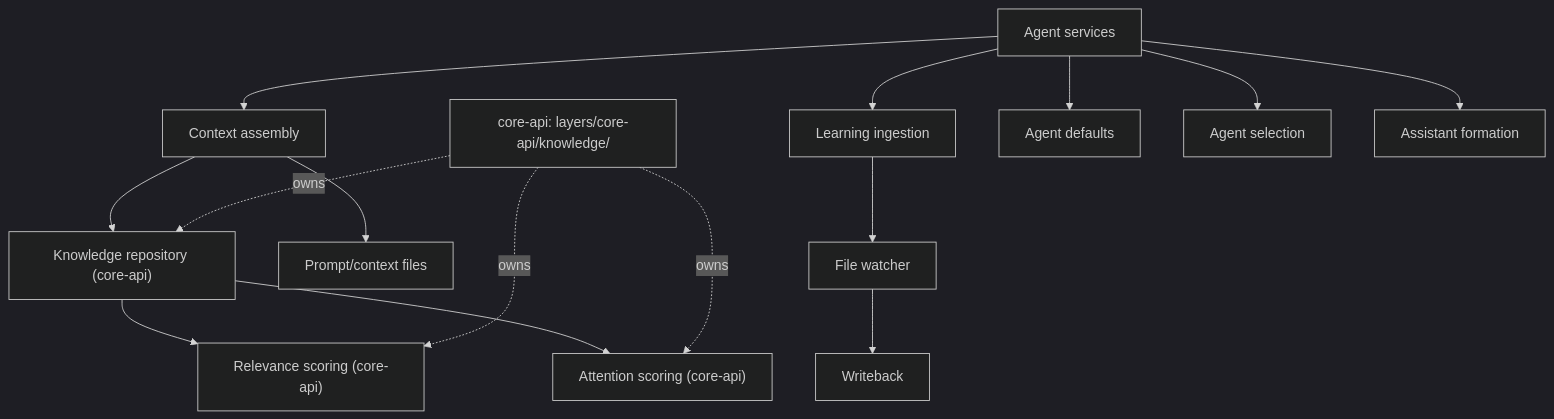
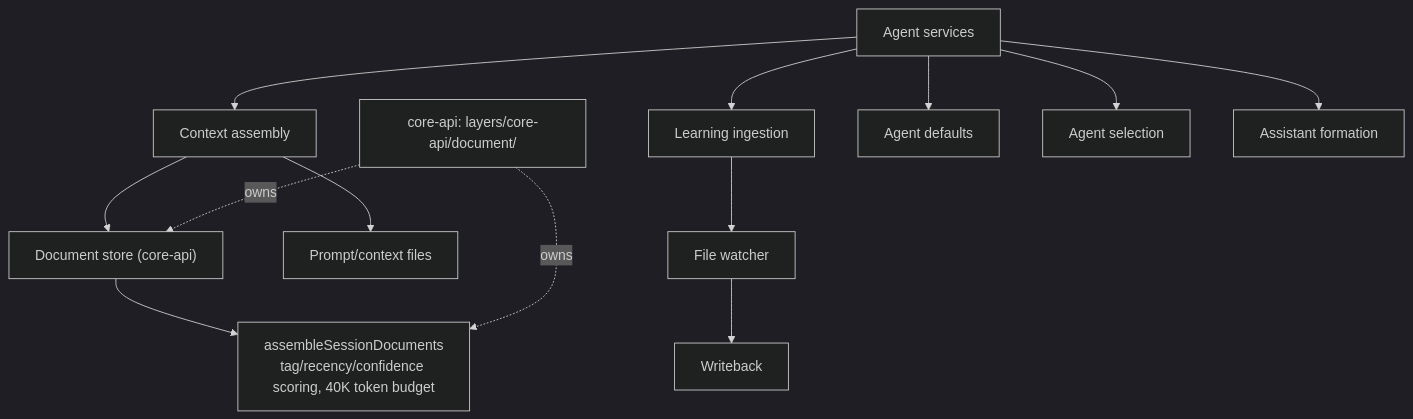
The ninth of 12 diagrams in docs/architecture/as-implemented-domain-architecture.md (idle-builders/hyperidle), drawn with Mermaid (dark theme) before and after one commit. The commit also changed other lines of this file and 702 other files, not shown here.

````diff
--- a/docs/architecture/as-implemented-domain-architecture.md
+++ b/docs/architecture/as-implemented-domain-architecture.md
@@ -270,21 +258,19 @@
 ```mermaid
 flowchart TB
   AgentServices["Agent services"]
-  CoreKnowledge["core-api: layers/core-api/knowledge/"]
+  CoreDocument["core-api: layers/core-api/document/"]
 
   AgentServices --> ContextAssembly["Context assembly"]
   AgentServices --> LearningIngestion["Learning ingestion"]
   AgentServices --> AgentDefaults["Agent defaults"]
   AgentServices --> AgentSelection["Agent selection"]
   AgentServices --> AssistantForm["Assistant formation"]
 
-  ContextAssembly --> KnowledgeRepo["Knowledge repository (core-api)"]
+  ContextAssembly --> DocumentStore["Document store (core-api)"]
   ContextAssembly --> PromptFiles["Prompt/context files"]
   LearningIngestion --> FileWatcher["File watcher"]
   FileWatcher --> Writeback["Writeback"]
-  KnowledgeRepo --> Relevance["Relevance scoring (core-api)"]
-  KnowledgeRepo --> Attention["Attention scoring (core-api)"]
-  CoreKnowledge -.owns.-> KnowledgeRepo
-  CoreKnowledge -.owns.-> Relevance
-  CoreKnowledge -.owns.-> Attention
+  DocumentStore --> SessionDocuments["assembleSessionDocuments\ntag/recency/confidence scoring, 40K token budget"]
+  CoreDocument -.owns.-> DocumentStore
+  CoreDocument -.owns.-> SessionDocuments
 ```
````
